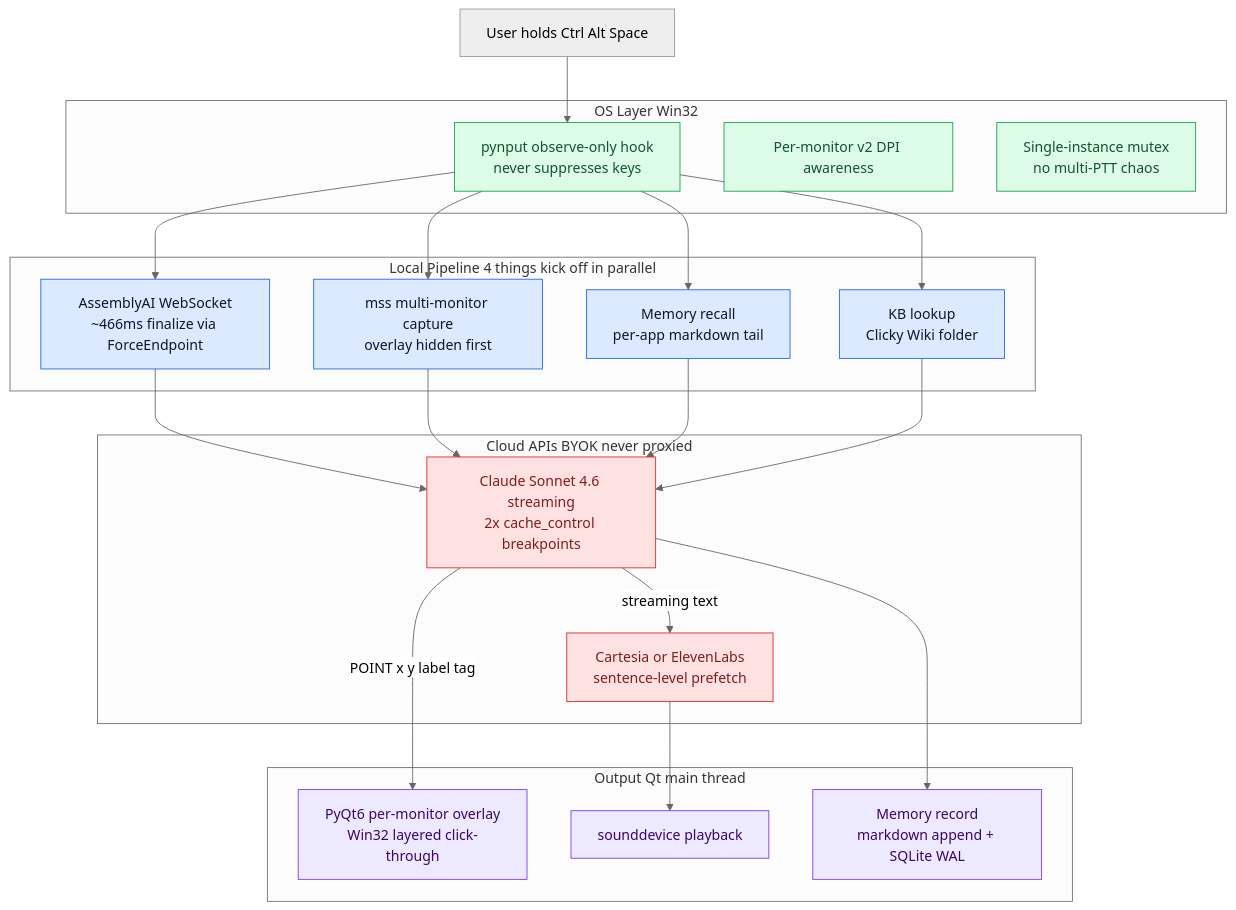
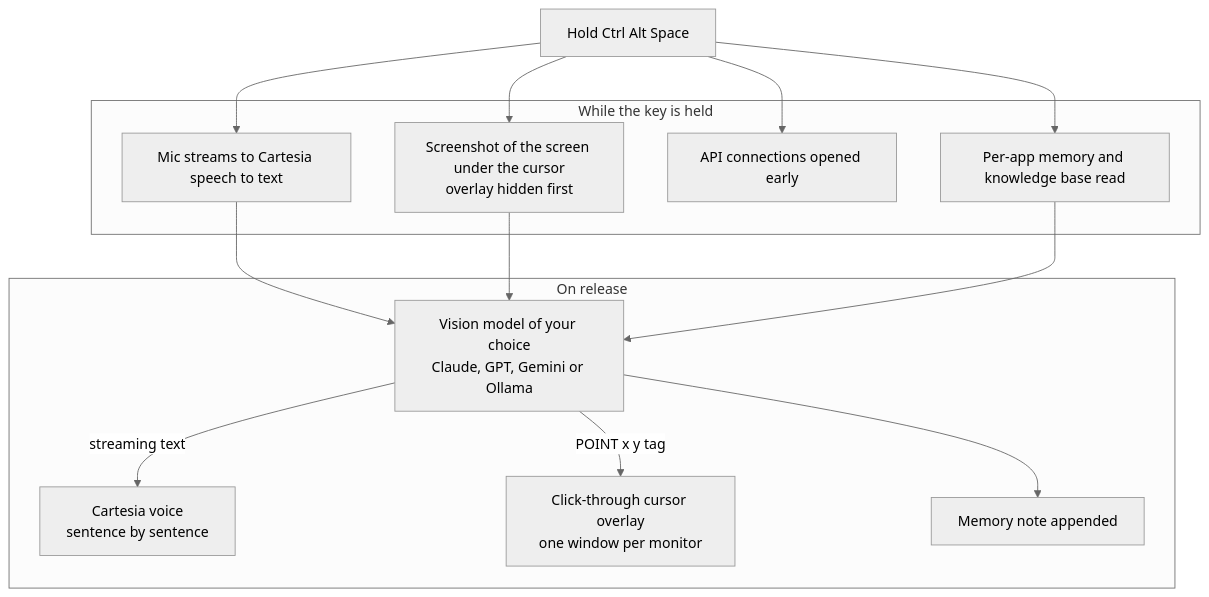
The diagram in README.md (AbhishekVulla/clicky-windows), drawn with Mermaid (neutral theme) before and after one commit. The commit also changed other lines of this file and 46 other files, not shown here.

First line of the commit message:
feat: two-key setup, faster voice, newer models

````diff
--- a/README.md
+++ b/README.md
@@ -77,54 +75,29 @@
 ```mermaid
 graph TD
-    USER[User holds Ctrl Alt Space]
+    USER[Hold Ctrl Alt Space]
 
-    subgraph OS_Layer [OS Layer Win32]
-        HOTKEY[pynput observe-only hook<br/>never suppresses keys]
-        DPI[Per-monitor v2 DPI awareness]
-        MUTEX[Single-instance mutex<br/>no multi-PTT chaos]
+    subgraph Press [While the key is held]
+        MIC[Mic streams to Cartesia speech to text]
+        CAP[Screenshot of the screen under the cursor<br/>overlay hidden first]
+        WARM[API connections opened early]
+        MEM[Per-app memory and knowledge base read]
     end
 
-    subgraph Local_Pipeline [Local Pipeline 4 things kick off in parallel]
-        STT[AssemblyAI WebSocket<br/>~466ms finalize via ForceEndpoint]
-        CAP[mss multi-monitor capture<br/>overlay hidden first]
-        MEM[Memory recall<br/>per-app markdown tail]
-        KB[KB lookup<br/>Clicky Wiki folder]
+    subgraph Release [On release]
+        LLM[Vision model of your choice<br/>Claude, GPT, Gemini or Ollama]
+        TTS[Cartesia voice<br/>sentence by sentence]
+        OVERLAY[Click-through cursor overlay<br/>one window per monitor]
+        REC[Memory note appended]
     end
 
-    subgraph Cloud_APIs [Cloud APIs BYOK never proxied]
-        CLAUDE[Claude Sonnet 4.6 streaming<br/>2x cache_control breakpoints]
-        TTS[Cartesia or ElevenLabs<br/>sentence-level prefetch]
-    end
-
-    subgraph Output [Output Qt main thread]
-        OVERLAY[PyQt6 per-monitor overlay<br/>Win32 layered click-through]
-        AUDIO[sounddevice playback]
-        REC[Memory record<br/>markdown append + SQLite WAL]
-    end
-
-    USER --> HOTKEY
-    HOTKEY --> STT
-    HOTKEY --> CAP
-    HOTKEY --> MEM
-    HOTKEY --> KB
-
-    STT --> CLAUDE
-    CAP --> CLAUDE
-    MEM --> CLAUDE
-    KB --> CLAUDE
-
-    CLAUDE -->|streaming text| TTS
-    CLAUDE -->|POINT x y label tag| OVERLAY
-    TTS --> AUDIO
-    CLAUDE --> REC
-
-    classDef os fill:#dcfce7,stroke:#16a34a,color:#14532d
-    classDef local fill:#dbeafe,stroke:#2563eb,color:#0f172a
-    classDef cloud fill:#fee2e2,stroke:#dc2626,color:#7f1d1d
-    classDef output fill:#ede9fe,stroke:#7c3aed,color:#3b0764
-
-    class HOTKEY,DPI,MUTEX os
-    class STT,CAP,MEM,KB local
-    class CLAUDE,TTS cloud
-    class OVERLAY,AUDIO,REC output
+    USER --> MIC
+    USER --> CAP
+    USER --> WARM
+    USER --> MEM
+    MIC --> LLM
+    CAP --> LLM
+    MEM --> LLM
+    LLM -->|streaming text| TTS
+    LLM -->|POINT x y tag| OVERLAY
+    LLM --> REC
 ```
````
